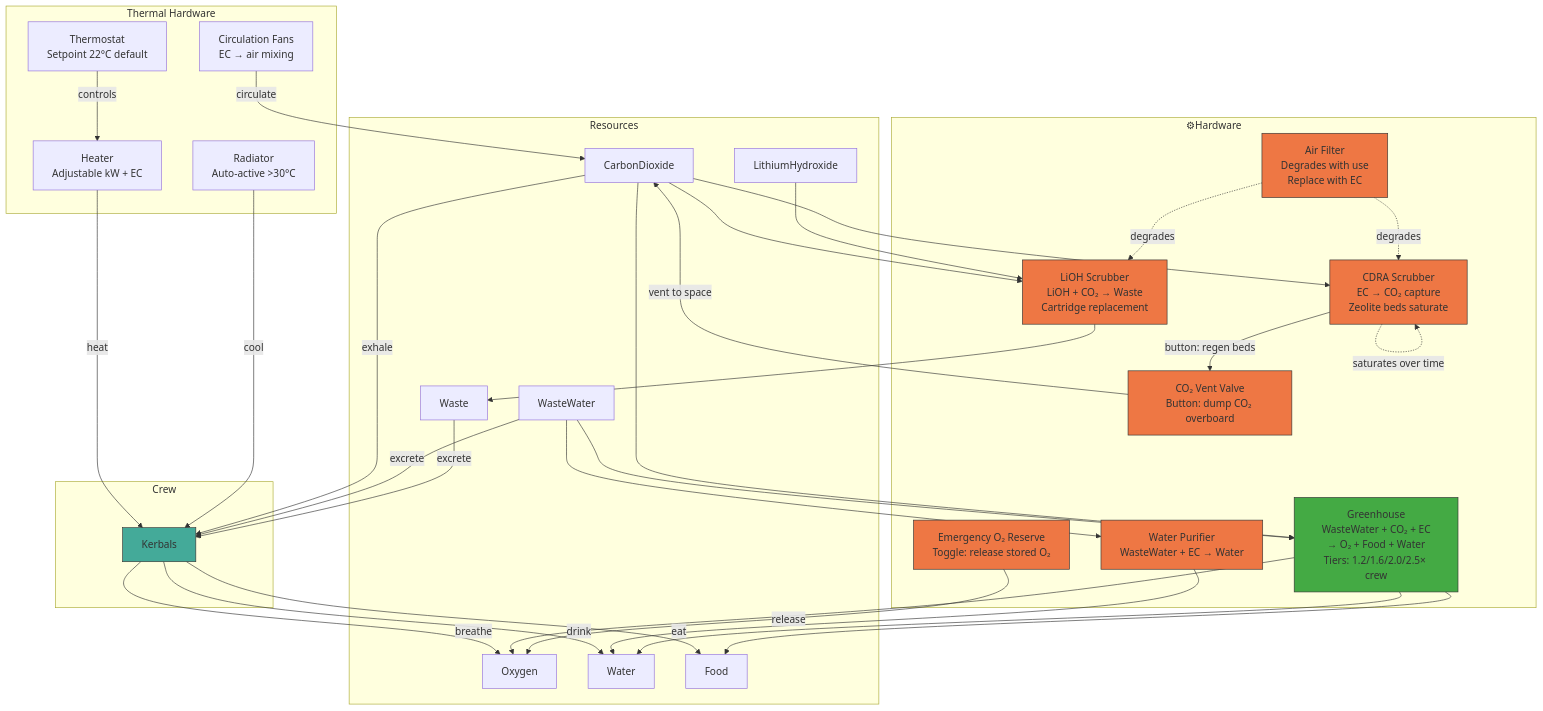
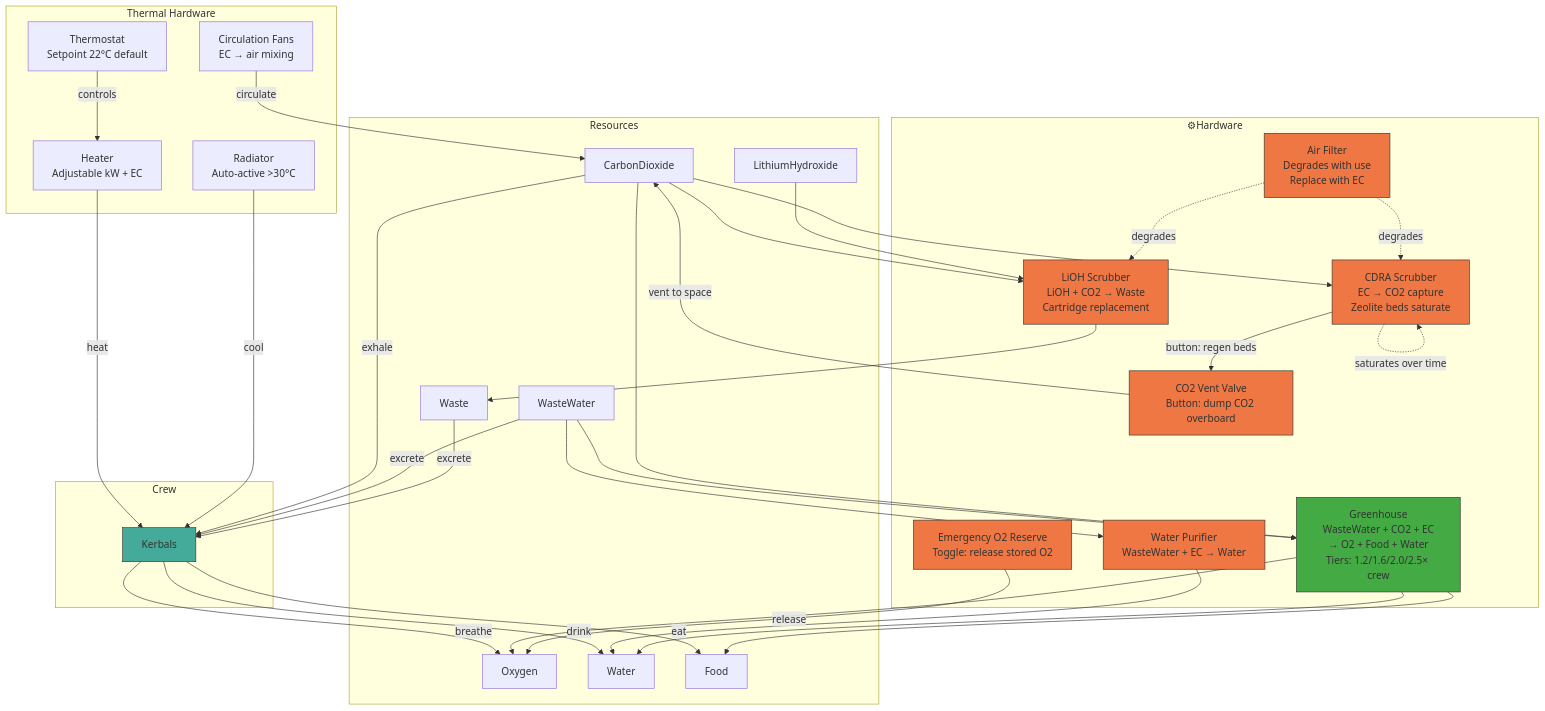
One commit to KV201/KickLifeSupport_Greenhouses changed the diagram in Docs/Architecture.md. Above: the diagram before and after it, drawn with Mermaid. The commit also changed 5 other files, not shown here.

````diff
--- a/Docs/Architecture.md
+++ b/Docs/Architecture.md
@@ -1,78 +1,78 @@
 ```mermaid
 graph TB
     subgraph Crew["Crew"]
         K[Kerbals]
     end
 
     subgraph Resources["Resources"]
         O2[Oxygen]
         CO2[CarbonDioxide]
         H2O[Water]
         WW[WasteWater]
         Food[Food]
         Waste[Waste]
         LiOH[LithiumHydroxide]
     end
 
     subgraph Hardware["⚙Hardware"]
-        CDRA[CDRA Scrubber<br/>EC → CO₂ capture<br/>Zeolite beds saturate]
-        LiOHScrub[LiOH Scrubber<br/>LiOH + CO₂ → Waste<br/>Cartridge replacement]
+        CDRA[CDRA Scrubber<br/>EC → CO2 capture<br/>Zeolite beds saturate]
+        LiOHScrub[LiOH Scrubber<br/>LiOH + CO2 → Waste<br/>Cartridge replacement]
         H2OPurifier[Water Purifier<br/>WasteWater + EC → Water]
-        Greenhouse[Greenhouse<br/>WasteWater + CO₂ + EC<br/>→ O₂ + Food + Water<br/>Tiers: 1.2/1.6/2.0/2.5× crew]
-        CO2Vent[CO₂ Vent Valve<br/>Button: dump CO₂ overboard]
-        EmergO2[Emergency O₂ Reserve<br/>Toggle: release stored O₂]
+        Greenhouse[Greenhouse<br/>WasteWater + CO2 + EC<br/>→ O2 + Food + Water<br/>Tiers: 1.2/1.6/2.0/2.5× crew]
+        CO2Vent[CO2 Vent Valve<br/>Button: dump CO2 overboard]
+        EmergO2[Emergency O2 Reserve<br/>Toggle: release stored O2]
         AirFilter[Air Filter<br/>Degrades with use<br/>Replace with EC]
     end
 
     subgraph Thermal["Thermal Hardware"]
         Heater[Heater<br/>Adjustable kW + EC]
         Radiator[Radiator<br/>Auto-active >30°C]
         Thermostat[Thermostat<br/>Setpoint 22°C default]
         Fans[Circulation Fans<br/>EC → air mixing]
     end
 
     K -->|breathe| O2
     K -->|drink| H2O
     K -->|eat| Food
     CO2 -->|exhale| K
     WW -->|excrete| K
     Waste -->|excrete| K
 
     CO2 --> CDRA
     CDRA -->|button: regen beds| CO2Vent
     CDRA -.->|saturates over time| CDRA
 
     CO2 --> LiOHScrub
     LiOH --> LiOHScrub
     LiOHScrub --> Waste
 
     WW --> H2OPurifier
     H2OPurifier --> H2O
 
     WW --> Greenhouse
     CO2 --> Greenhouse
     Greenhouse --> O2
     Greenhouse --> Food
     Greenhouse --> H2O
 
     EmergO2 -->|release| O2
 
     CO2Vent -->|vent to space| CO2
 
     AirFilter -.->|degrades| CDRA
     AirFilter -.->|degrades| LiOHScrub
 
     Heater -->|heat| K
     Radiator -->|cool| K
     Fans -->|circulate| CO2
     Thermostat -->|controls| Heater
 
     style K fill:#4a9,stroke:#333
     style CDRA fill:#e74,stroke:#333
     style LiOHScrub fill:#e74,stroke:#333
     style H2OPurifier fill:#e74,stroke:#333
     style Greenhouse fill:#4a4,stroke:#333
     style CO2Vent fill:#e74,stroke:#333
     style EmergO2 fill:#e74,stroke:#333
     style AirFilter fill:#e74,stroke:#333
 ```
````
